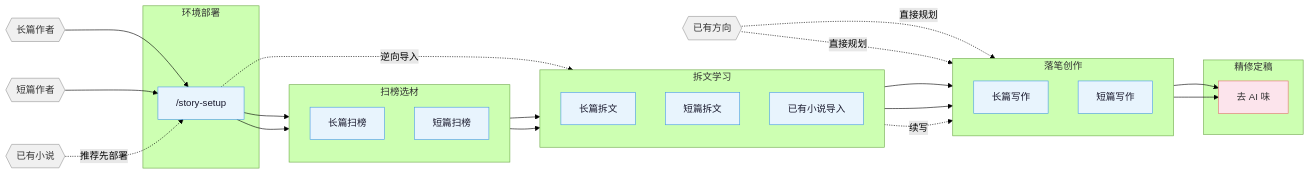
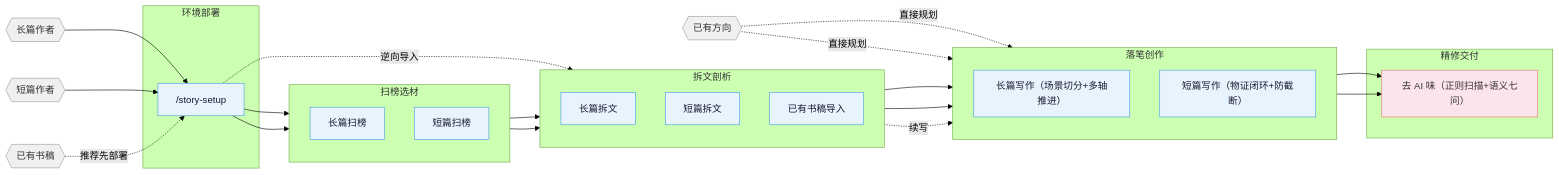
One commit to demon820308/Story-xY changed the diagram in README.md. Above: the diagram before and after it, drawn with Mermaid (forest theme). The commit also changed other lines of this file and 1 other file, not shown here.

````diff
--- a/README.md
+++ b/README.md
@@ -222,54 +164,54 @@
 ```mermaid
 flowchart LR
     classDef entry fill:#f0f0f0,color:#333,stroke:#999,stroke-width:1px
     classDef phase fill:#e8f4fd,color:#1a1a2e,stroke:#4a9be8,stroke-width:1px
     classDef final fill:#fce4ec,color:#333,stroke:#e57373,stroke-width:1px
 
     entry_l{{"长篇作者"}}:::entry
     entry_s{{"短篇作者"}}:::entry
     entry_r{{"已有方向"}}:::entry
-    entry_i{{"已有小说"}}:::entry
+    entry_i{{"已有书稿"}}:::entry
 
     subgraph S0 ["  环境部署"]
         setup["/story-setup"]:::phase
     end
 
     subgraph S1 ["  扫榜选材"]
         direction TB
         scan_l["长篇扫榜"]:::phase
         scan_s["短篇扫榜"]:::phase
     end
 
-    subgraph S2 ["  拆文学习"]
+    subgraph S2 ["  拆文剖析"]
         direction TB
         analyze_l["长篇拆文"]:::phase
         analyze_s["短篇拆文"]:::phase
-        import_l["已有小说导入"]:::phase
+        import_l["已有书稿导入"]:::phase
     end
 
     subgraph S3 ["  落笔创作"]
         direction TB
-        write_l["长篇写作"]:::phase
-        write_s["短篇写作"]:::phase
+        write_l["长篇写作（场景切分+多轴推进）"]:::phase
+        write_s["短篇写作（物证闭环+防截断）"]:::phase
     end
 
-    subgraph S4 ["  精修定稿"]
-        deslop["去 AI 味"]:::final
+    subgraph S4 ["  精修交付"]
+        deslop["去 AI 味（正则扫描+语义七问）"]:::final
     end
 
     entry_l --> setup
     entry_s --> setup
     setup --> scan_l
     setup --> scan_s
     scan_l --> analyze_l
     scan_s --> analyze_s
     analyze_l --> write_l
     analyze_s --> write_s
     entry_r -.->|直接规划| write_l
     entry_r -.->|直接规划| write_s
     entry_i -.->|推荐先部署| setup
     setup -.->|逆向导入| import_l
     import_l -.->|续写| write_l
     write_l --> deslop
     write_s --> deslop
 ```
````
